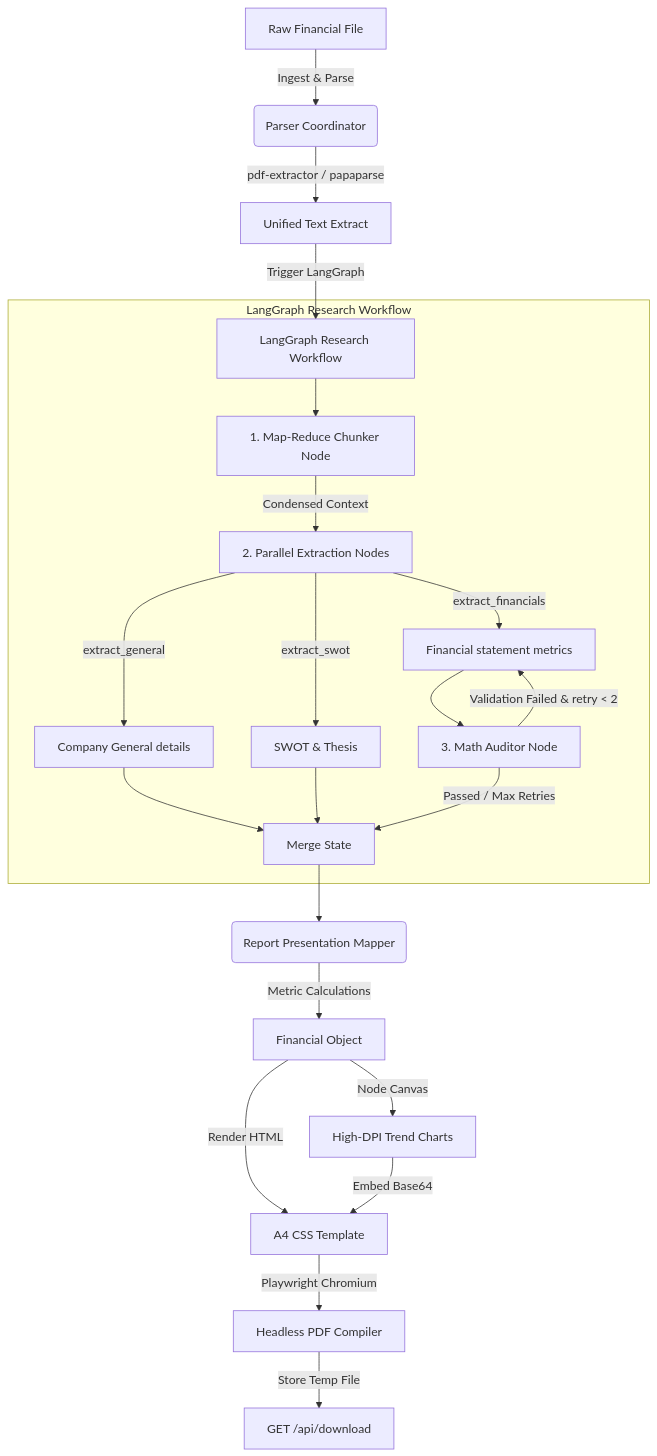
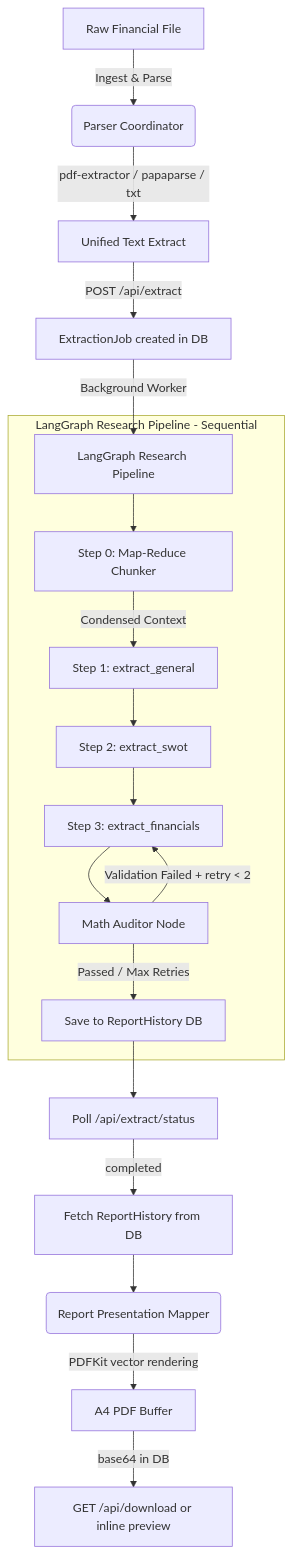
The diagram in README.md (Pallavikumarimdb/EquiGen), drawn with Mermaid before and after one commit. The commit also changed other lines of this file and 18 other files, not shown here.

Commit message:
fix: security hardening, reportId linking, DB-level job dedup, real filename tracking, configurable vision model, and auth guard on sensitive API routes

````diff
--- a/README.md
+++ b/README.md
@@ -24,29 +28,23 @@
 ```mermaid
 graph TD
     A[Raw Financial File] -->|Ingest & Parse| B(Parser Coordinator)
-    B -->|pdf-extractor / papaparse| C[Unified Text Extract]
-    C -->|Trigger LangGraph| D[LangGraph Research Workflow]
-    
-    subgraph LangGraph Research Workflow
-      D --> E[1. Map-Reduce Chunker Node]
-      E -->|Condensed Context| F[2. Parallel Extraction Nodes]
-      
-      F -->|extract_general| G[Company General details]
-      F -->|extract_swot| H[SWOT & Thesis]
-      F -->|extract_financials| I[Financial statement metrics]
-      
-      G --> J[Merge State]
-      H --> J
-      I --> K[3. Math Auditor Node]
-      K -->|Validation Failed & retry < 2| I
-      K -->|Passed / Max Retries| J
+    B -->|pdf-extractor / papaparse / txt| C[Unified Text Extract]
+    C -->|POST /api/extract| D[ExtractionJob created in DB]
+    D -->|Background Worker| E[LangGraph Research Pipeline]
+
+    subgraph LangGraph Research Pipeline - Sequential
+      E --> F[Step 0: Map-Reduce Chunker]
+      F -->|Condensed Context| G[Step 1: extract_general]
+      G --> H[Step 2: extract_swot]
+      H --> I[Step 3: extract_financials]
+      I --> J[Math Auditor Node]
+      J -->|Validation Failed + retry < 2| I
+      J -->|Passed / Max Retries| K[Save to ReportHistory DB]
     end
-    
-    J --> L(Report Presentation Mapper)
-    L -->|Metric Calculations| M[Financial Object]
-    M -->|Node Canvas| N[High-DPI Trend Charts]
-    M -->|Render HTML| O[A4 CSS Template]
-    N -->|Embed Base64| O
-    O -->|Playwright Chromium| P[Headless PDF Compiler]
-    P -->|Store Temp File| Q[GET /api/download]
+
+    K --> L[Poll /api/extract/status]
+    L -->|completed| M[Fetch ReportHistory from DB]
+    M --> N(Report Presentation Mapper)
+    N -->|PDFKit vector rendering| O[A4 PDF Buffer]
+    O -->|base64 in DB| P[GET /api/download or inline preview]
 ```
````
